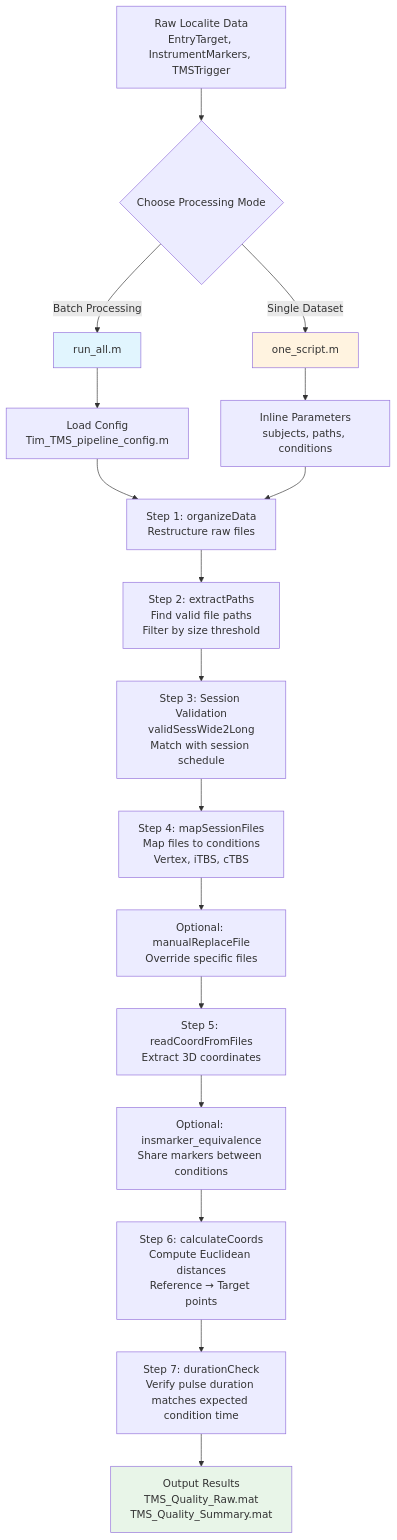
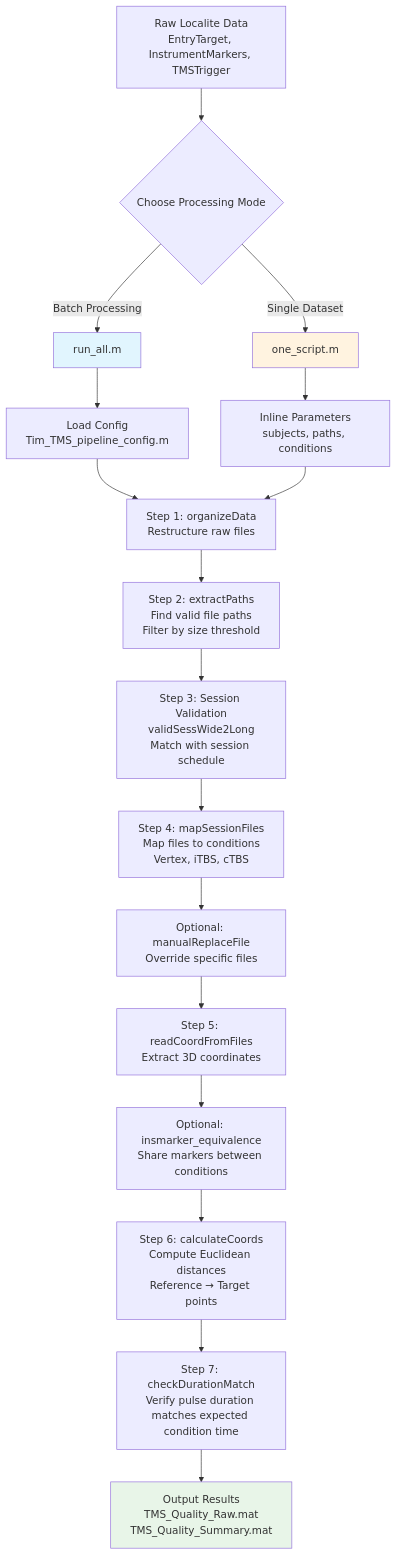
One commit to timothyngtinhang/localiteCoords changed the diagram in README.md. Above: the diagram before and after it, drawn with Mermaid.

````diff
--- a/README.md
+++ b/README.md
@@ -76,35 +76,35 @@
 ```mermaid
 flowchart TD
     A[Raw Localite Data<br/>EntryTarget, InstrumentMarkers, TMSTrigger] --> B{Choose Processing Mode}
     
     B -->|Batch Processing| C[run_all.m]
     B -->|Single Dataset| D[one_script.m]
     
     C --> E[Load Config<br/>Tim_TMS_pipeline_config.m]
     D --> F[Inline Parameters<br/>subjects, paths, conditions]
     
     E --> G[Step 1: organizeData<br/>Restructure raw files]
     F --> G
     
     G --> H[Step 2: extractPaths<br/>Find valid file paths<br/>Filter by size threshold]
     
     H --> I[Step 3: Session Validation<br/>validSessWide2Long<br/>Match with session schedule]
     
     I --> J[Step 4: mapSessionFiles<br/>Map files to conditions<br/>Vertex, iTBS, cTBS]
     
     J --> K[Optional: manualReplaceFile<br/>Override specific files]
     
     K --> L[Step 5: readCoordFromFiles<br/>Extract 3D coordinates]
     
     L --> M[Optional: insmarker_equivalence<br/>Share markers between conditions]
     
     M --> N[Step 6: calculateCoords<br/>Compute Euclidean distances<br/>Reference → Target points]
 
-    N --> P[Step 7: durationCheck<br/>Verify pulse duration matches expected condition time]
+    N --> P[Step 7: checkDurationMatch<br/>Verify pulse duration matches expected condition time]
     
     P --> O[Output Results<br/>TMS_Quality_Raw.mat<br/>TMS_Quality_Summary.mat]
     
     style C fill:#e1f5fe
     style D fill:#fff3e0
     style O fill:#e8f5e8
 ```
````
